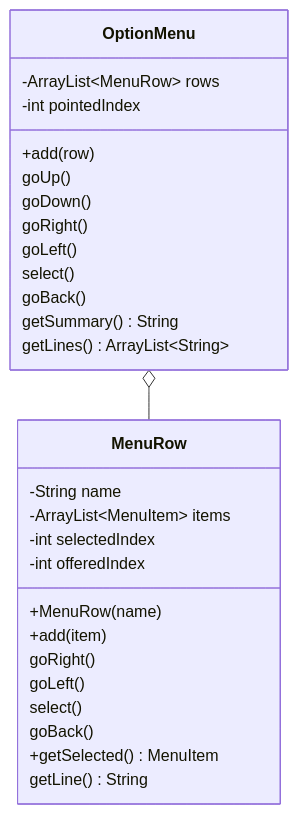
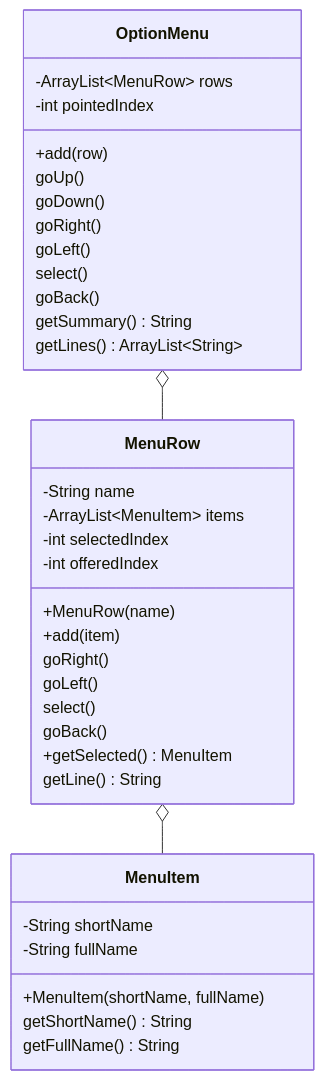
Before and after one commit to msb-stitt/ftc31459-26-27-biobuzz: the diagram in book/tools/mermaid/fig-l135-option-menu.mmd, drawn with Mermaid. The commit also changed 5 other files, not shown here.

Commit message:
L135's class diagrams draw no class faint, and OptionMenu's shows MenuRow and MenuItem; faint is for sequence diagrams only.

```diff
--- a/book/tools/mermaid/fig-l135-option-menu.mmd
+++ b/book/tools/mermaid/fig-l135-option-menu.mmd
@@ -1,30 +1,37 @@
 classDiagram
-    %% faint: MenuRow
     class OptionMenu {
         -ArrayList~MenuRow~ rows
         -int pointedIndex
         +add(row)
         goUp()
         goDown()
         goRight()
         goLeft()
         select()
         goBack()
         getSummary() String
         getLines() ArrayList~String~
     }
     class MenuRow {
         -String name
         -ArrayList~MenuItem~ items
         -int selectedIndex
         -int offeredIndex
         +MenuRow(name)
         +add(item)
         goRight()
         goLeft()
         select()
         goBack()
         +getSelected() MenuItem
         getLine() String
     }
+    class MenuItem {
+        -String shortName
+        -String fullName
+        +MenuItem(shortName, fullName)
+        getShortName() String
+        getFullName() String
+    }
     OptionMenu o-- MenuRow
+    MenuRow o-- MenuItem
```
